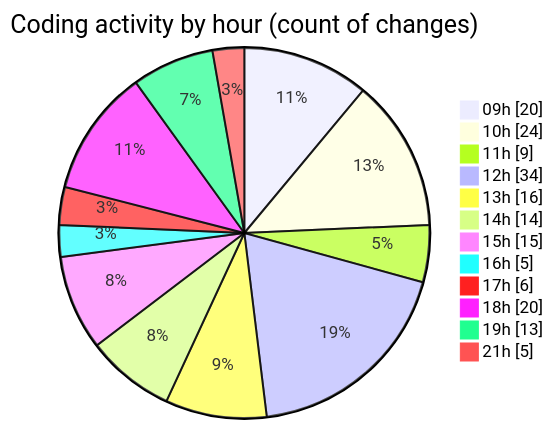
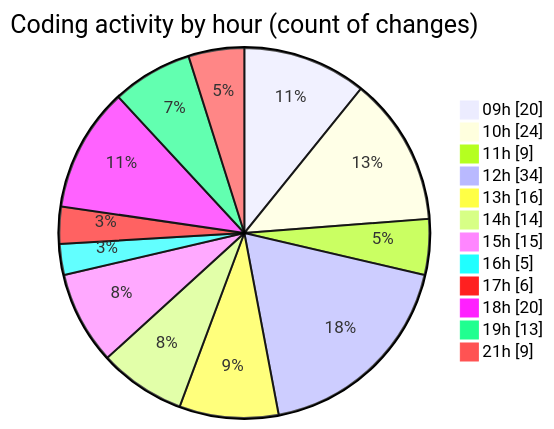
Before and after one commit to momahboobian/code-tracking: the second of 2 diagrams in 2025-05-19/cda/README.md, drawn with Mermaid. The commit also changed other lines of this file and 1 other file, not shown here.

````diff
--- a/2025-05-19/cda/README.md
+++ b/2025-05-19/cda/README.md
@@ -61,16 +61,16 @@
 ```mermaid
 pie showData
 title Coding activity by hour (count of changes)
 "09h" : 20
 "10h" : 24
 "11h" : 9
 "12h" : 34
 "13h" : 16
 "14h" : 14
 "15h" : 15
 "16h" : 5
 "17h" : 6
 "18h" : 20
 "19h" : 13
-"21h" : 5
+"21h" : 9
 ```
````
